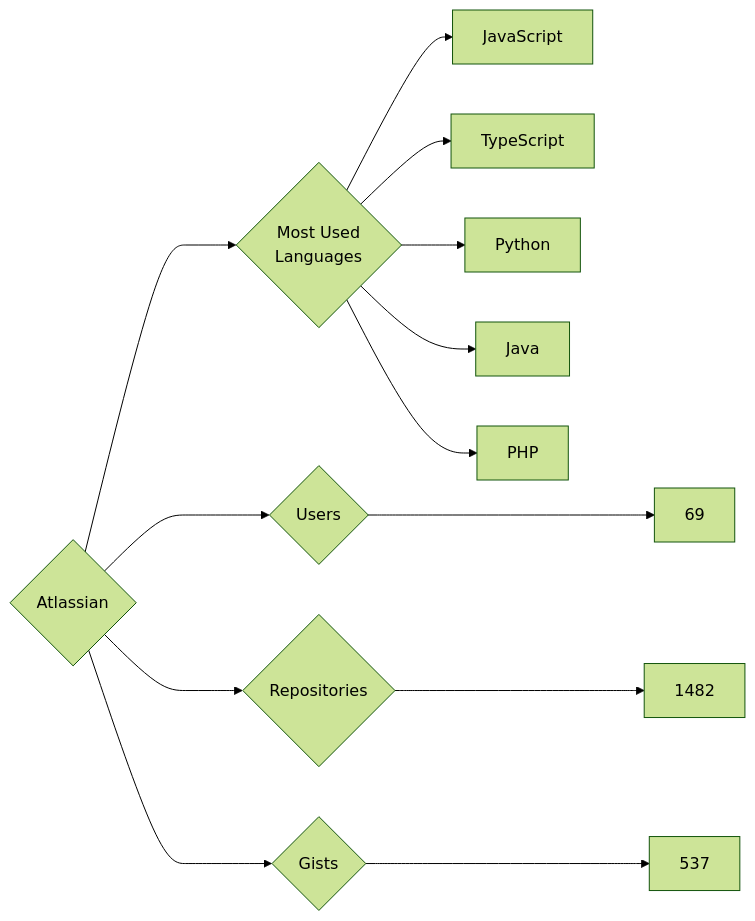
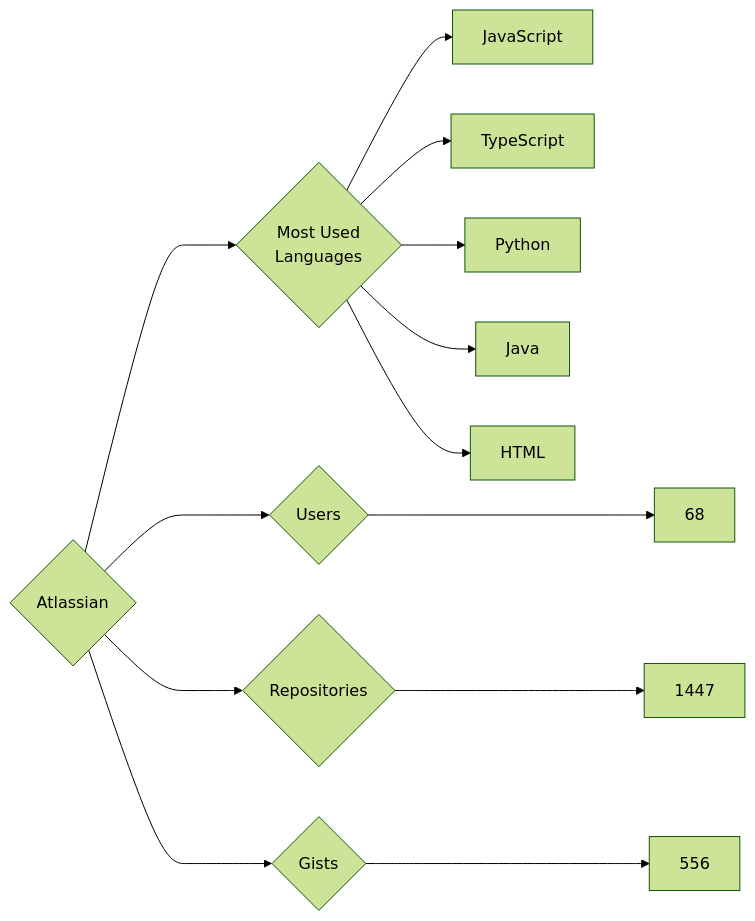
The diagram in targets/Atlassian/README.md (trickest/insiders), drawn with Mermaid (forest theme) before and after one commit. The commit also changed 1238 other files, not shown here.

````diff
--- a/targets/Atlassian/README.md
+++ b/targets/Atlassian/README.md
@@ -3,13 +3,13 @@
 ```mermaid
 graph LR
 COMPANY_NAME{Atlassian}
-COMPANY_NAME ---> U{Users} ---> UN[69]
-COMPANY_NAME ---> R{Repositories} ---> RN[1482]
-COMPANY_NAME ---> G{Gists} ---> GN[537]
+COMPANY_NAME ---> U{Users} ---> UN[68]
+COMPANY_NAME ---> R{Repositories} ---> RN[1447]
+COMPANY_NAME ---> G{Gists} ---> GN[556]
 COMPANY_NAME ---> ML{Most Used<br>Languages}
 ML --> JavaScript[JavaScript]
 ML --> TypeScript[TypeScript]
 ML --> Python[Python]
 ML --> Java[Java]
-ML --> PHP[PHP]
+ML --> HTML[HTML]
 ```
````
